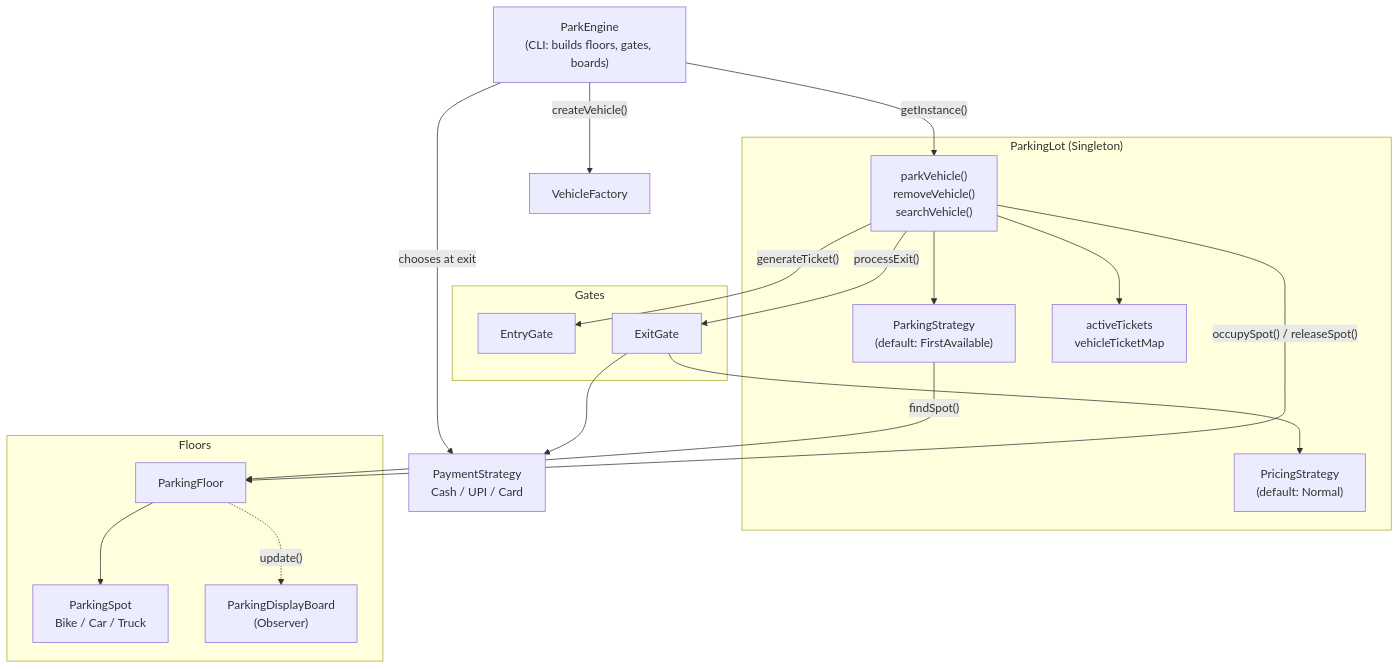
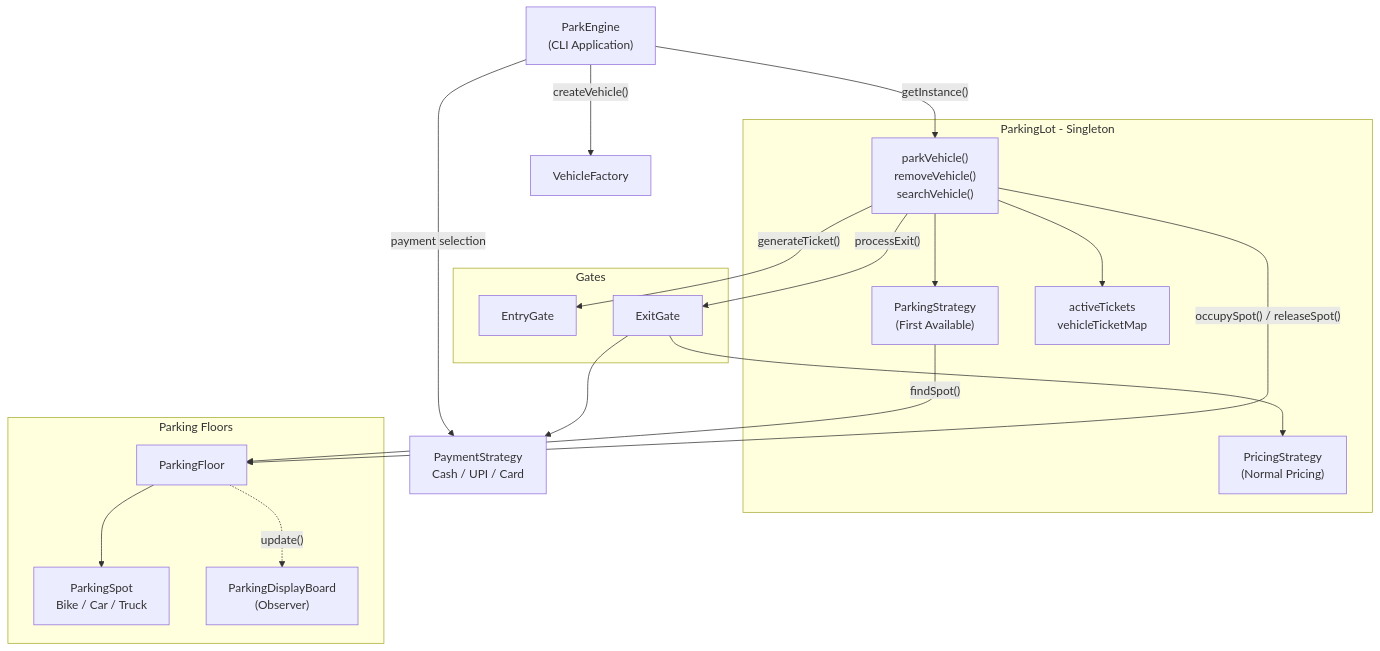
Before and after one commit to SanketHajare44/park-engine: the first of 2 diagrams in README.md, drawn with Mermaid. The commit also changed other lines of this file, not shown here.

````diff
--- a/README.md
+++ b/README.md
@@ -81,40 +244,47 @@
 ```mermaid
 flowchart TB
-    CLI["ParkEngine<br/>(CLI: builds floors, gates, boards)"]
+
+    CLI["ParkEngine<br/>(CLI Application)"]
+
     FAC["VehicleFactory"]
+
     PAY["PaymentStrategy<br/>Cash / UPI / Card"]
 
-    subgraph Core["ParkingLot (Singleton)"]
+    subgraph Core["ParkingLot - Singleton"]
         PL["parkVehicle()<br/>removeVehicle()<br/>searchVehicle()"]
-        PS["ParkingStrategy<br/>(default: FirstAvailable)"]
-        PR["PricingStrategy<br/>(default: Normal)"]
+        PS["ParkingStrategy<br/>(First Available)"]
+        PR["PricingStrategy<br/>(Normal Pricing)"]
         TK["activeTickets<br/>vehicleTicketMap"]
     end
 
     subgraph Gates["Gates"]
         EG["EntryGate"]
         XG["ExitGate"]
     end
 
-    subgraph Floors["Floors"]
+    subgraph Floors["Parking Floors"]
         PF["ParkingFloor"]
         SP["ParkingSpot<br/>Bike / Car / Truck"]
         OB["ParkingDisplayBoard<br/>(Observer)"]
     end
 
     CLI -->|"createVehicle()"| FAC
     CLI -->|"getInstance()"| PL
-    CLI -->|"chooses at exit"| PAY
+    CLI -->|"payment selection"| PAY
 
     PL --> PS
     PS -->|"findSpot()"| PF
+
     PL -->|"occupySpot() / releaseSpot()"| PF
+
     PF --> SP
     PF -.->|"update()"| OB
 
     PL -->|"generateTicket()"| EG
     PL -->|"processExit()"| XG
+
     XG --> PR
     XG --> PAY
+
     PL --> TK
 ```
````
